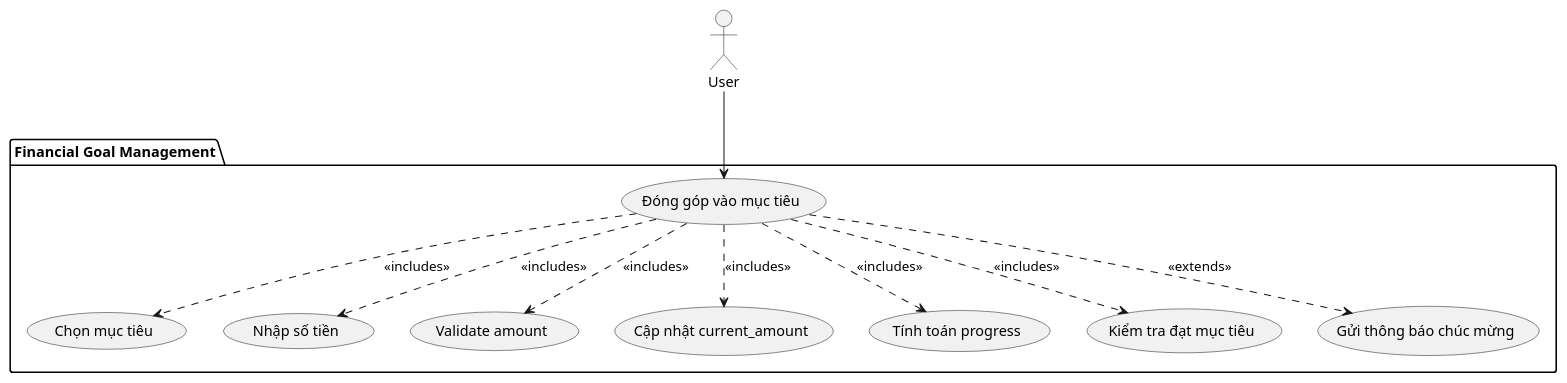
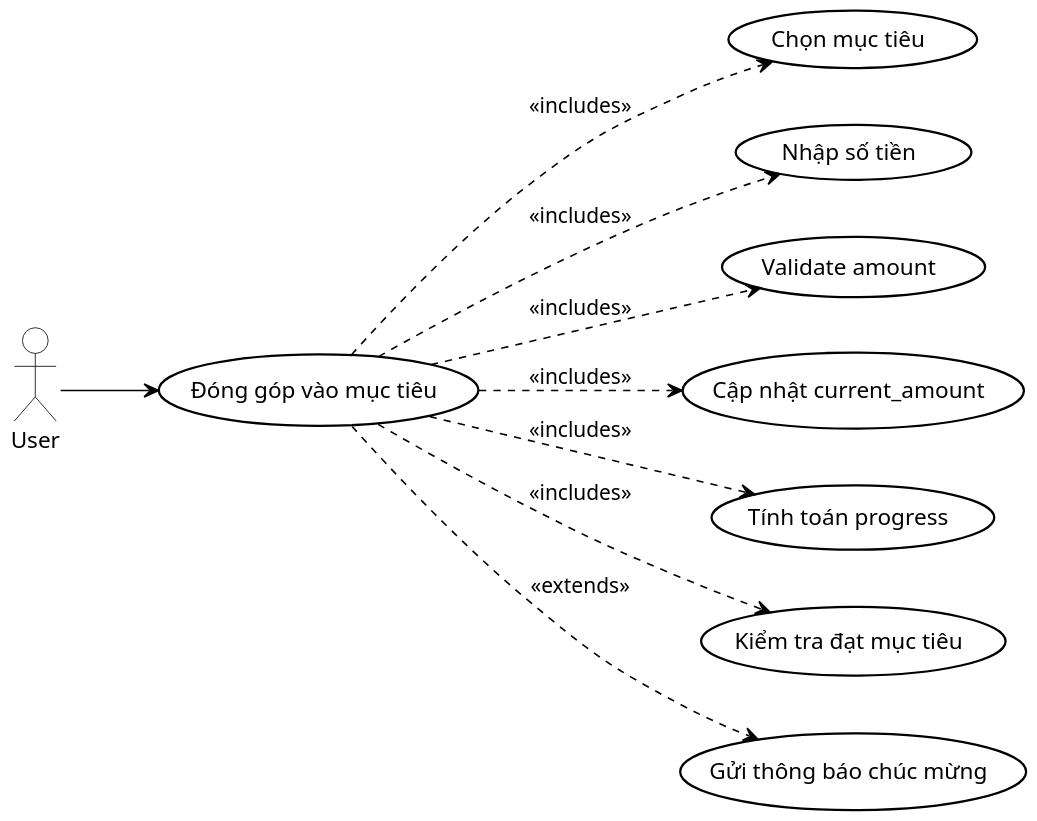
Before and after one commit to quanbin27/TabiMoney: the diagram in uml-diagrams/UC_009_ContributeGoal.puml, drawn with PlantUML. The commit also changed 108 other files, not shown here.

Commit message:
docs: update diagram images

```diff
--- a/uml-diagrams/UC_009_ContributeGoal.puml
+++ b/uml-diagrams/UC_009_ContributeGoal.puml
@@ -1,24 +1,50 @@
 @startuml UC_009_ContributeGoal
+
+skinparam usecase {
+    BackgroundColor #FFFFFF
+    BorderColor #000000
+    ArrowColor #000000
+    BorderThickness 1.4
+    FontColor #000000
+    FontSize 14
+}
+
+skinparam actor {
+    BackgroundColor #FFFFFF
+    BorderColor #000000
+    FontColor #000000
+    FontSize 14
+}
+
+skinparam package {
+    BorderColor #000000
+    FontColor #000000
+}
+
+skinparam shadowing false
+skinparam dpi 150
+
+' Layout ngang
+left to right direction
+
 actor User
 
-package "Financial Goal Management" {
-    usecase "Đóng góp vào mục tiêu" as UC_ContributeGoal
-    usecase "Chọn mục tiêu" as UC_SelectGoal
-    usecase "Nhập số tiền" as UC_EnterAmount
-    usecase "Validate amount" as UC_Validate
-    usecase "Cập nhật current_amount" as UC_UpdateAmount
-    usecase "Tính toán progress" as UC_CalculateProgress
-    usecase "Kiểm tra đạt mục tiêu" as UC_CheckAchieved
-    usecase "Gửi thông báo chúc mừng" as UC_SendCongrats
-}
+usecase "Đóng góp vào mục tiêu" as UC_ContributeGoal
+usecase "Chọn mục tiêu" as UC_SelectGoal
+usecase "Nhập số tiền" as UC_EnterAmount
+usecase "Validate amount" as UC_Validate
+usecase "Cập nhật current_amount" as UC_UpdateAmount
+usecase "Tính toán progress" as UC_CalculateProgress
+usecase "Kiểm tra đạt mục tiêu" as UC_CheckAchieved
+usecase "Gửi thông báo chúc mừng" as UC_SendCongrats
 
 User --> UC_ContributeGoal
 UC_ContributeGoal ..> UC_SelectGoal : <<includes>>
 UC_ContributeGoal ..> UC_EnterAmount : <<includes>>
 UC_ContributeGoal ..> UC_Validate : <<includes>>
 UC_ContributeGoal ..> UC_UpdateAmount : <<includes>>
 UC_ContributeGoal ..> UC_CalculateProgress : <<includes>>
 UC_ContributeGoal ..> UC_CheckAchieved : <<includes>>
 UC_ContributeGoal ..> UC_SendCongrats : <<extends>>
 
 @enduml
```
